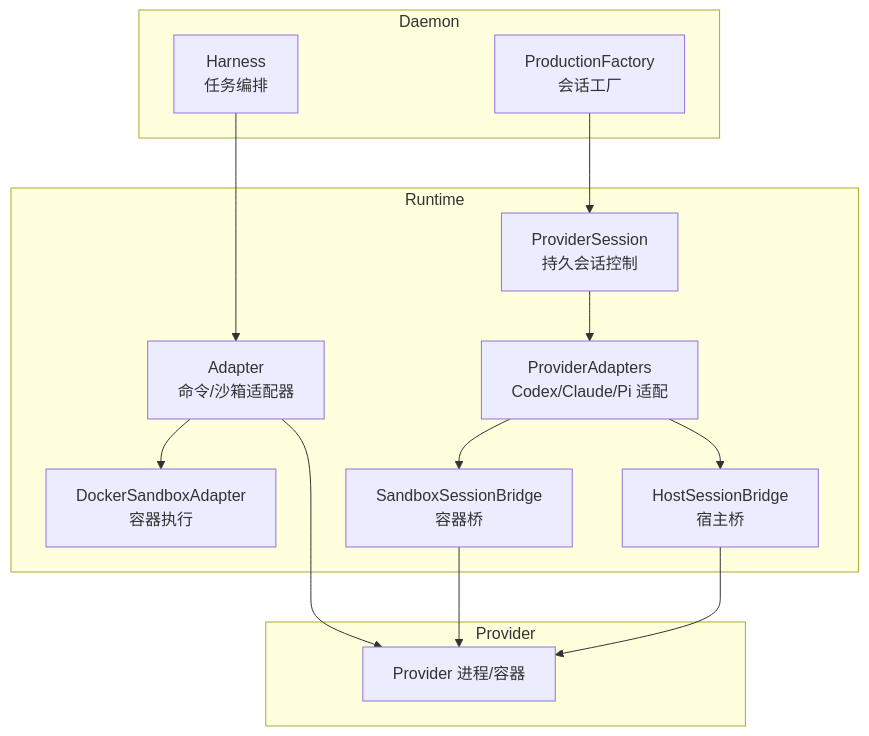
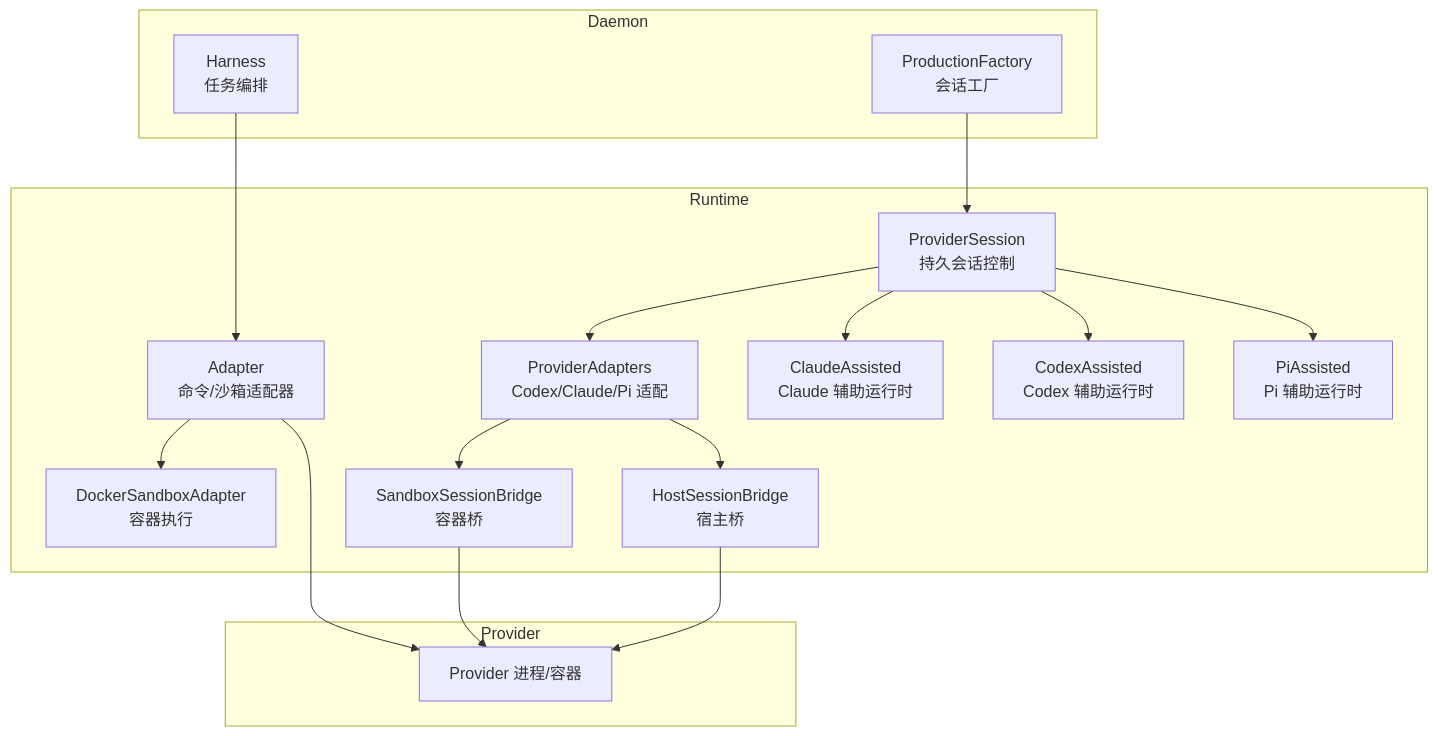
Before and after one commit to n1majne3/CyberPenda: the first of 7 diagrams in .qoder/repowiki/zh/content/运行时与沙箱/运行时抽象层.md, drawn with Mermaid. The commit also changed other lines of this file and 6 other files, not shown here.

````diff
--- a/.qoder/repowiki/zh/content/运行时与沙箱/运行时抽象层.md
+++ b/.qoder/repowiki/zh/content/运行时与沙箱/运行时抽象层.md
@@ -40,27 +53,33 @@
 ```mermaid
 graph TB
 subgraph "Daemon"
 Harness["Harness<br/>任务编排"]
 Factory["ProductionFactory<br/>会话工厂"]
 end
 subgraph "Runtime"
 Adapter["Adapter<br/>命令/沙箱适配器"]
 PS["ProviderSession<br/>持久会话控制"]
 PA["ProviderAdapters<br/>Codex/Claude/Pi 适配"]
 SB["SandboxSessionBridge<br/>容器桥"]
 HB["HostSessionBridge<br/>宿主桥"]
 DS["DockerSandboxAdapter<br/>容器执行"]
+CA["ClaudeAssisted<br/>Claude 辅助运行时"]
+CO["CodexAssisted<br/>Codex 辅助运行时"]
+PI["PiAssisted<br/>Pi 辅助运行时"]
 end
 subgraph "Provider"
 Proc["Provider 进程/容器"]
 end
 Harness --> Adapter
 Adapter --> DS
 Adapter --> Proc
 Factory --> PS
 PS --> PA
 PA --> SB
 PA --> HB
 SB --> Proc
 HB --> Proc
+PS --> CA
+PS --> CO
+PS --> PI
 ```
````
